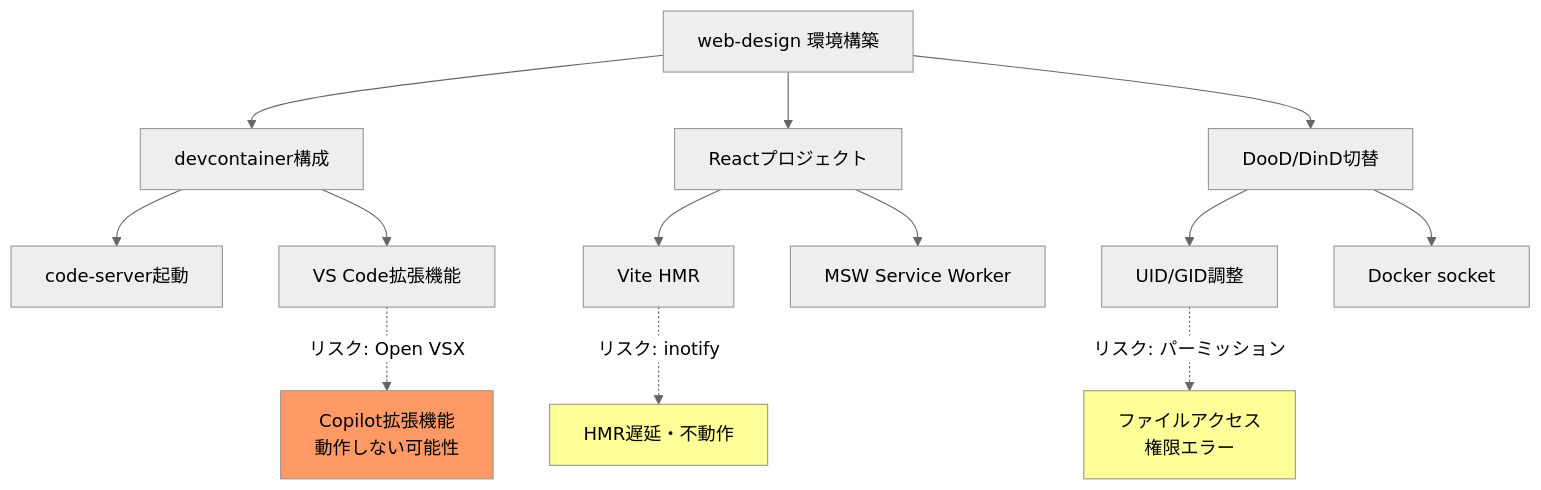
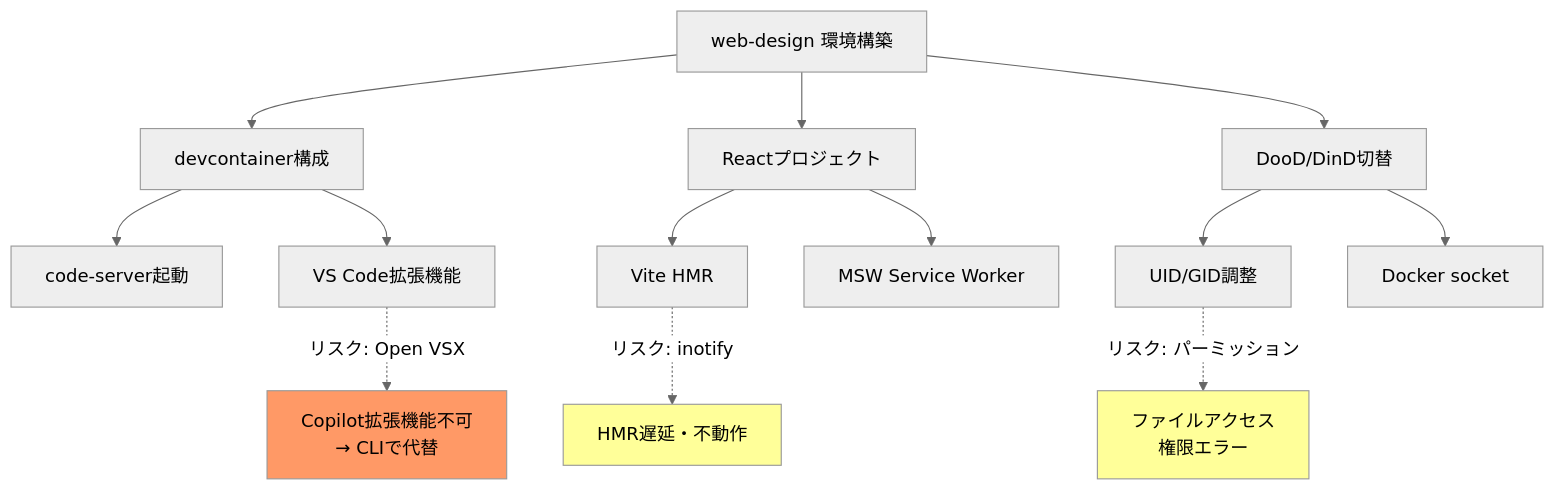
The diagram in docs/web-design/design/06_side-effect-verification.md (NagasakaH/dev-process), drawn with Mermaid (neutral theme) before and after one commit. The commit also changed other lines of this file and 5 other files, not shown here.

````diff
--- a/docs/web-design/design/06_side-effect-verification.md
+++ b/docs/web-design/design/06_side-effect-verification.md
@@ -27,23 +27,23 @@
 ```mermaid
 flowchart TD
     A["web-design 環境構築"] --> B["devcontainer構成"]
     A --> C["Reactプロジェクト"]
     A --> D["DooD/DinD切替"]
     
     B --> B1["code-server起動"]
     B --> B2["VS Code拡張機能"]
     
     C --> C1["Vite HMR"]
     C --> C2["MSW Service Worker"]
     
     D --> D1["UID/GID調整"]
     D --> D2["Docker socket"]
     
-    B2 -.->|"リスク: Open VSX"| R1["Copilot拡張機能<br/>動作しない可能性"]
+    B2 -.->|"リスク: Open VSX"| R1["Copilot拡張機能不可<br/>→ CLIで代替"]
     C1 -.->|"リスク: inotify"| R2["HMR遅延・不動作"]
     D1 -.->|"リスク: パーミッション"| R3["ファイルアクセス<br/>権限エラー"]
     
     style R1 fill:#f96
     style R2 fill:#ff9
     style R3 fill:#ff9
 ```
````
